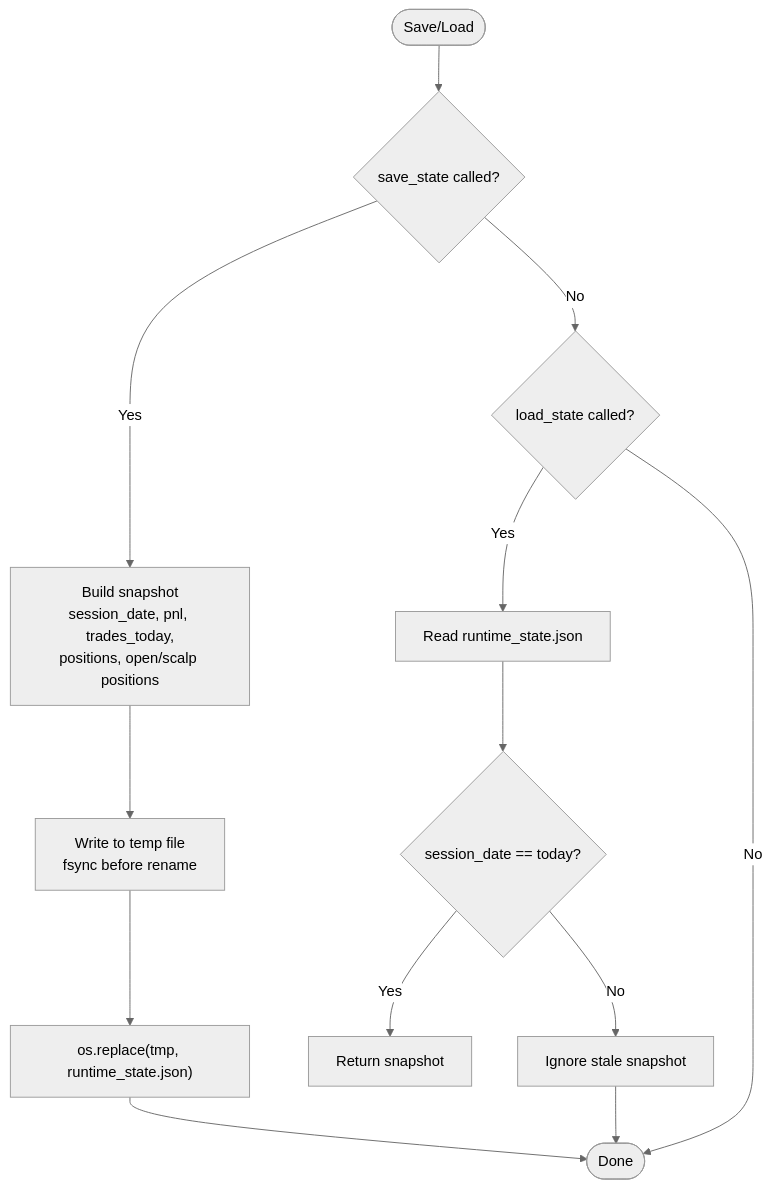
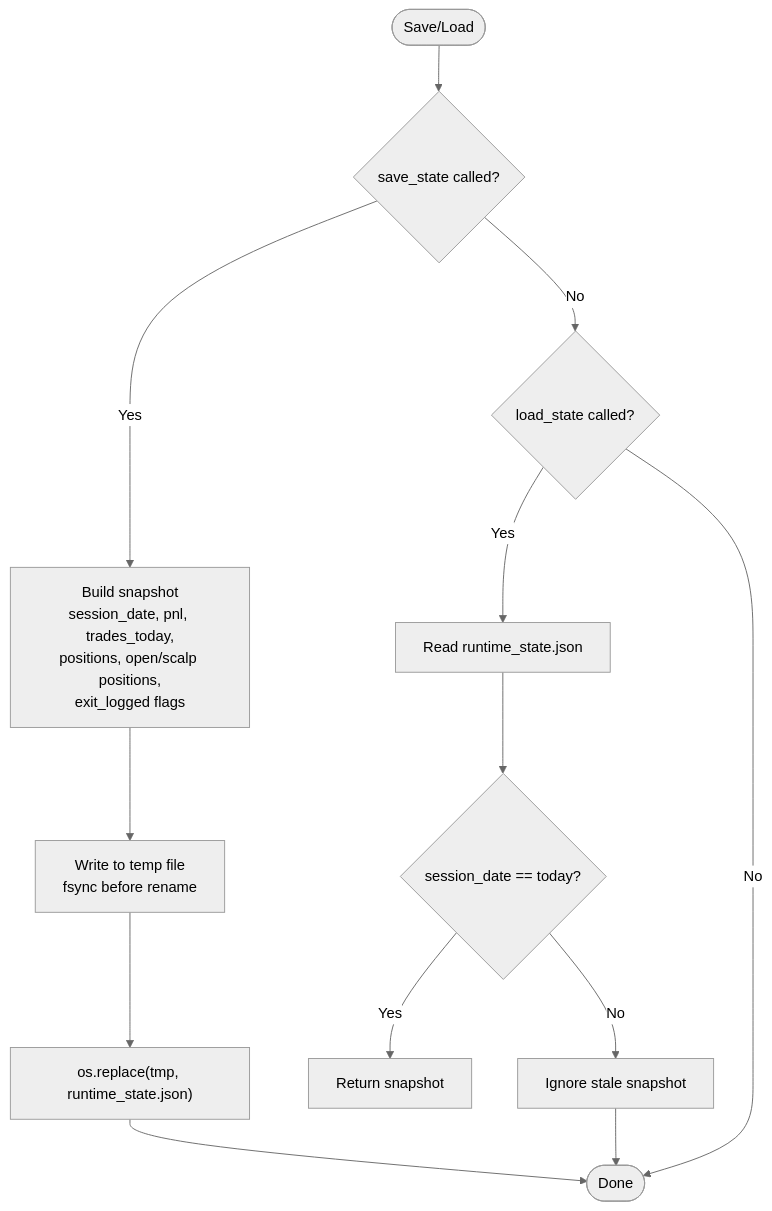
One commit to tauqeersiddiqui-art/tradingsystem changed the fourth of 10 diagrams in .qoder/repowiki/en/content/Core Trading Engine/Trading State Management.md. Above: the diagram before and after it, drawn with Mermaid (neutral theme). The commit also changed other lines of this file and 60 other files, not shown here.

````diff
--- a/.qoder/repowiki/en/content/Core Trading Engine/Trading State Management.md
+++ b/.qoder/repowiki/en/content/Core Trading Engine/Trading State Management.md
@@ -202,15 +213,15 @@
 ```mermaid
 flowchart TD
 Start([Save/Load]) --> Save{"save_state called?"}
-Save --> |Yes| BuildSnap["Build snapshot<br/>session_date, pnl, trades_today,<br/>positions, open/scalp positions"]
+Save --> |Yes| BuildSnap["Build snapshot<br/>session_date, pnl, trades_today,<br/>positions, open/scalp positions,<br/>exit_logged flags"]
 BuildSnap --> WriteTmp["Write to temp file<br/>fsync before rename"]
 WriteTmp --> AtomicSwap["os.replace(tmp, runtime_state.json)"]
 AtomicSwap --> End([Done])
 Save --> |No| Load{"load_state called?"}
 Load --> |Yes| ReadFile["Read runtime_state.json"]
 ReadFile --> CheckDay{"session_date == today?"}
 CheckDay --> |Yes| ReturnSnap["Return snapshot"]
 CheckDay --> |No| Ignore["Ignore stale snapshot"]
 Ignore --> End
 Load --> |No| End
 ```
````
